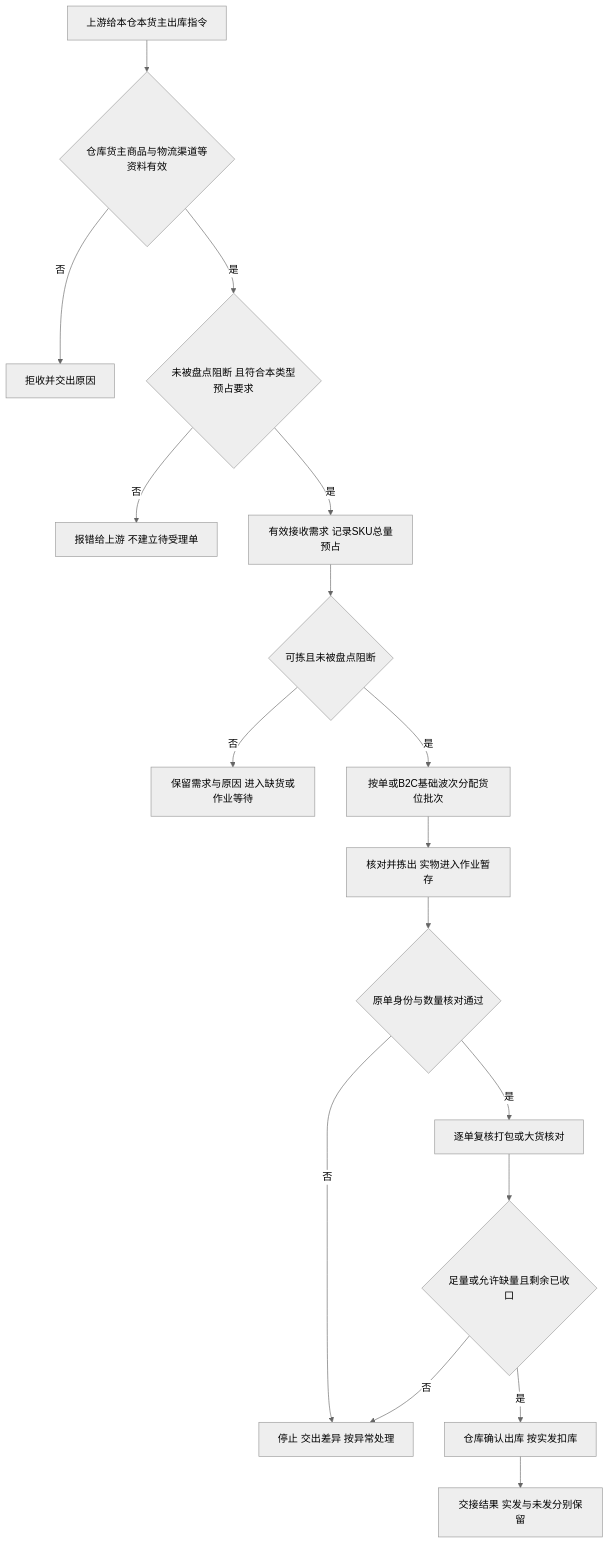
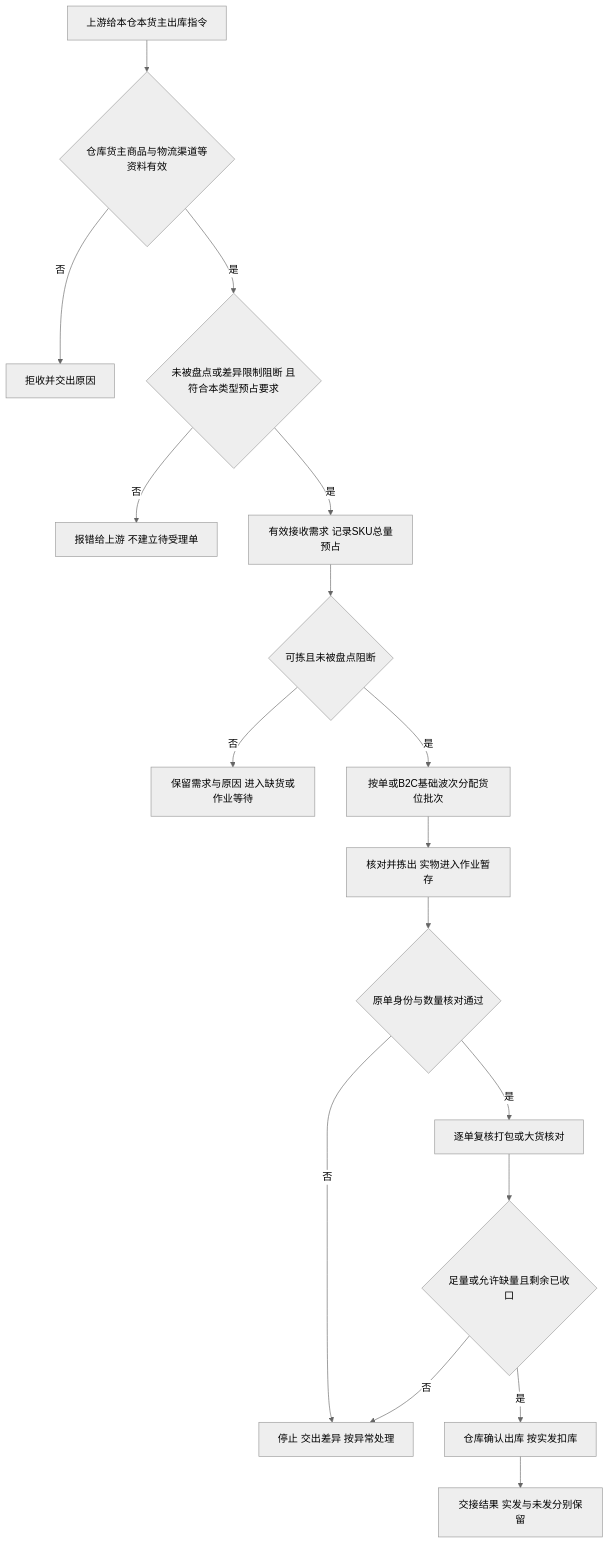
The diagram in 04-业务分析和设计/03-出库业务设计.md (TopVitamin/QS-WMS-Project), drawn with Mermaid (neutral theme) before and after one commit. The commit also changed other lines of this file and 82 other files, not shown here.

````diff
--- a/04-业务分析和设计/03-出库业务设计.md
+++ b/04-业务分析和设计/03-出库业务设计.md
@@ -94,19 +94,19 @@
 ```mermaid
 flowchart TD
     A[上游给本仓本货主出库指令] --> B{仓库货主商品与物流渠道等资料有效}
     B -->|否| C[拒收并交出原因]
-    B -->|是| D{未被盘点阻断 且符合本类型预占要求}
+    B -->|是| D{未被盘点或差异限制阻断 且符合本类型预占要求}
     D -->|否| R[报错给上游 不建立待受理单]
     D -->|是| S[有效接收需求 记录SKU总量预占]
     S --> E{可拣且未被盘点阻断}
     E -->|否| F[保留需求与原因 进入缺货或作业等待]
     E -->|是| G[按单或B2C基础波次分配货位批次]
     G --> H[核对并拣出 实物进入作业暂存]
     H --> I{原单身份与数量核对通过}
     I -->|否| J[停止 交出差异 按异常处理]
     I -->|是| K[逐单复核打包或大货核对]
     K --> L{足量或允许缺量且剩余已收口}
     L -->|否| J
     L -->|是| M[仓库确认出库 按实发扣库]
     M --> N[交接结果 实发与未发分别保留]
 ```
````
